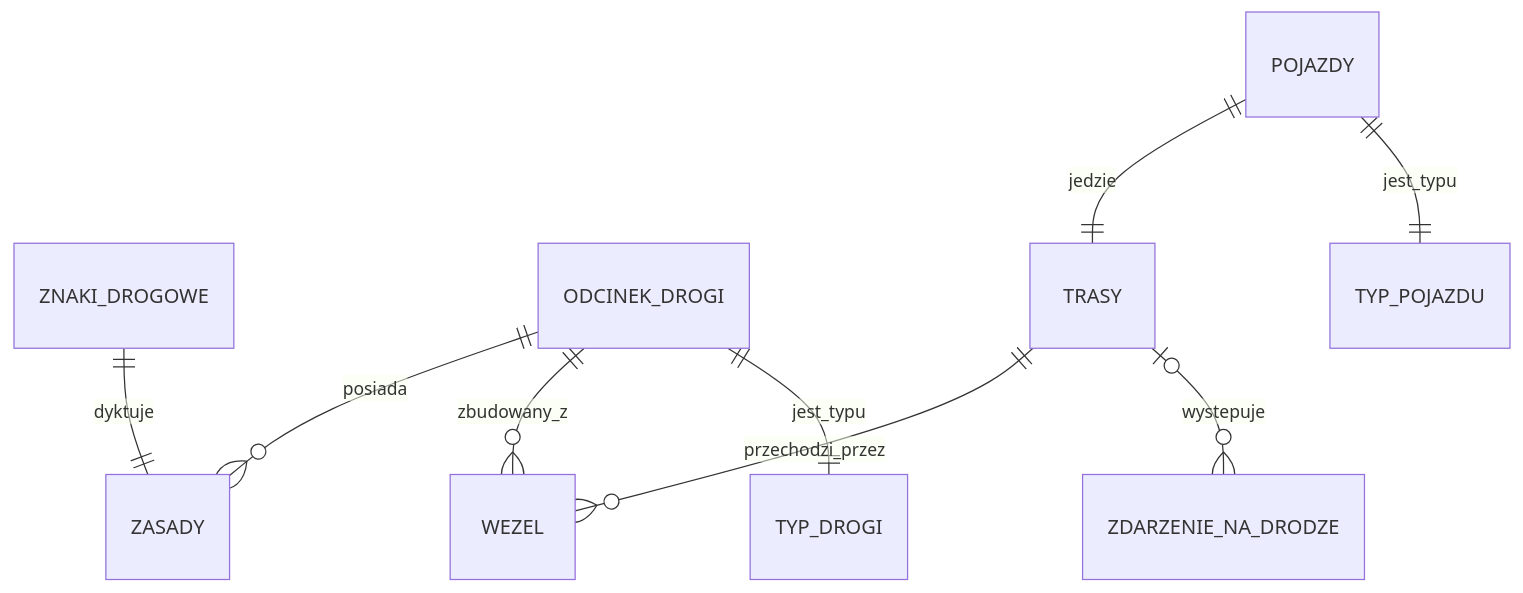
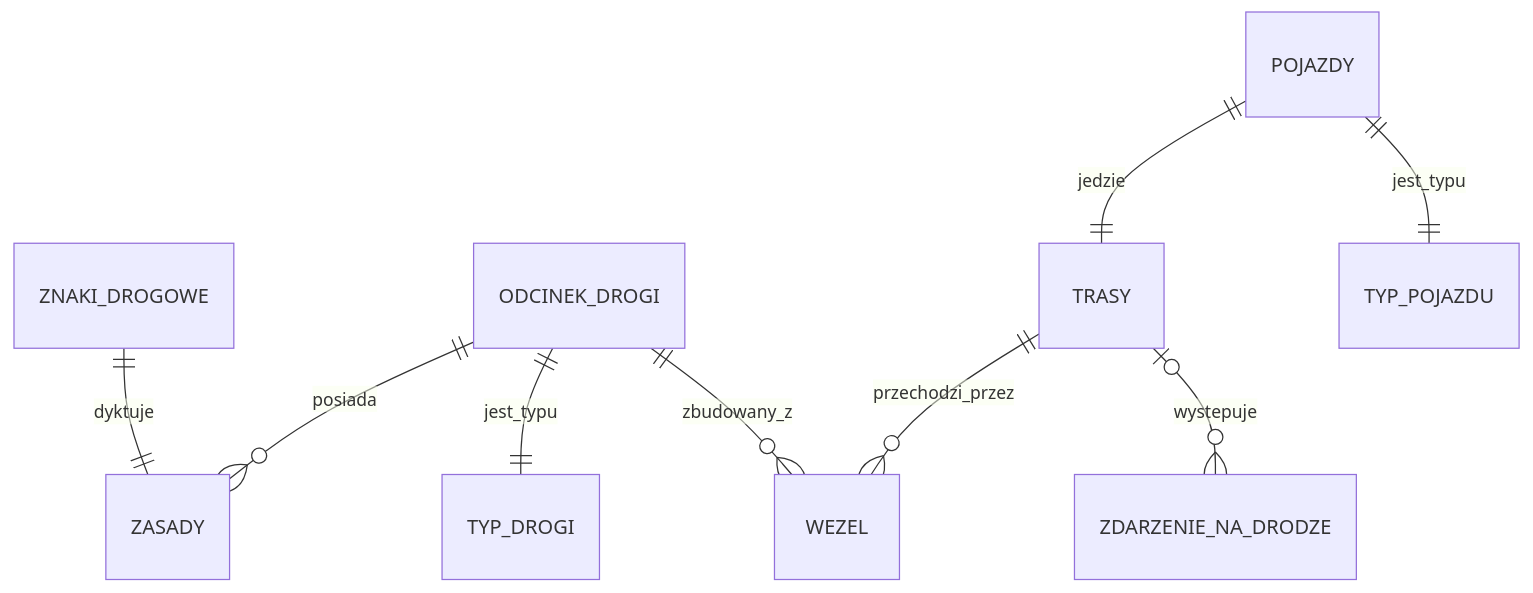
Before and after one commit to Vomiroy/Symulator-ruchu-drogowego: the diagram in docs/domain-model.md, drawn with Mermaid. The commit also changed other lines of this file, not shown here.

````diff
--- a/docs/domain-model.md
+++ b/docs/domain-model.md
@@ -24,16 +24,16 @@
 ```mermaid
 erDiagram
 
     ZNAKI_DROGOWE ||--|| ZASADY : "dyktuje"
 
     ODCINEK_DROGI ||--o{ ZASADY : "posiada"
+    ODCINEK_DROGI ||--|| TYP_DROGI : "jest_typu"
     ODCINEK_DROGI ||--o{ WEZEL : "zbudowany_z"
-    ODCINEK_DROGI ||--|| TYP_DROGI : "jest_typu"
 
     TRASY ||--o{ WEZEL : "przechodzi_przez"
 
     POJAZDY ||--|| TRASY : "jedzie"
     POJAZDY ||--|| TYP_POJAZDU : "jest_typu"
 
     TRASY o|--o{ ZDARZENIE_NA_DRODZE : "wystepuje"
 ```
````
